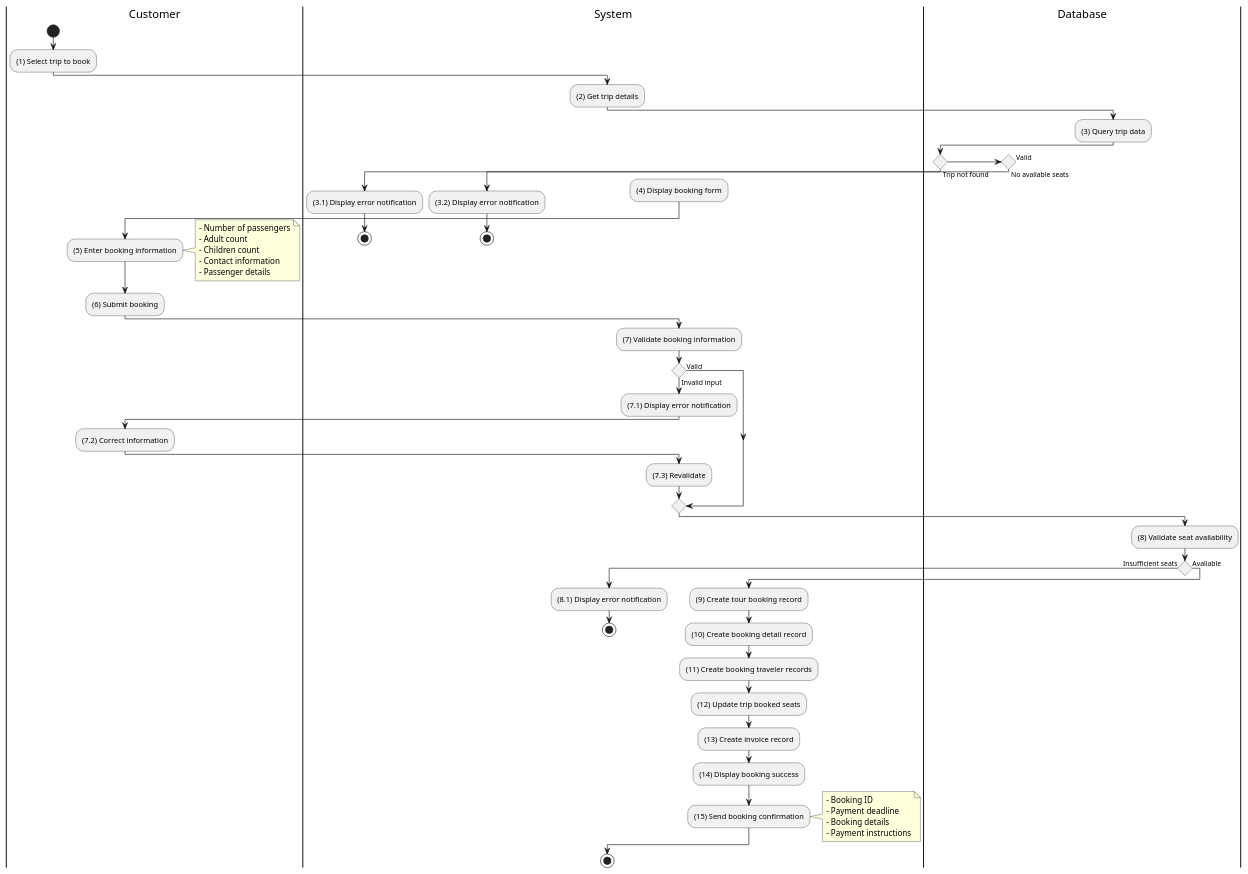
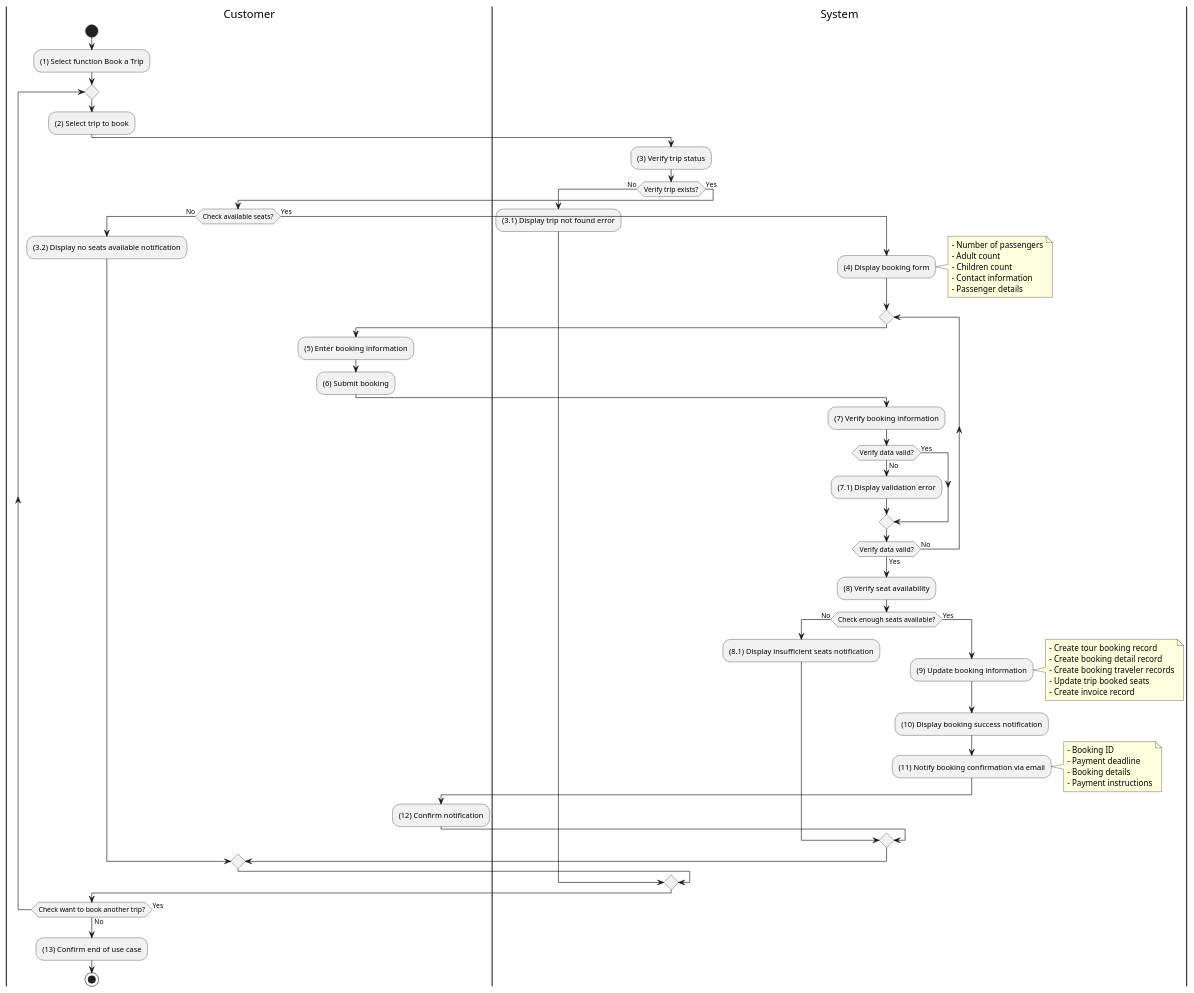
One commit to SE357-TMS/SE357-TMS.github.io changed the diagram in docs/docs/activity/manage-personal-booking/book-a-trip.md. Above: the diagram before and after it, drawn with PlantUML. The commit also changed 7 other files, not shown here.

Commit message:
docs: add browse trips activity diagrams and update booking activities

```diff
--- a/docs/docs/activity/manage-personal-booking/book-a-trip.md
+++ b/docs/docs/activity/manage-personal-booking/book-a-trip.md
@@ -4,70 +4,81 @@
 @startuml
 |C|Customer
 |S|System
-|D|Database
 
 |C|
 start
-:(1) Select trip to book;
-|S|
-:(2) Get trip details;
-|D|
-:(3) Query trip data;
-if () then (Trip not found)
+
+:(1) Select function Book a Trip;
+
+repeat
+  :(2) Select trip to book;
+
   |S|
-  :(3.1) Display error notification;
-  stop
-elseif () then (No available seats)
-  |S|
-  :(3.2) Display error notification;
-  stop
-else (Valid)
-  |S|
-  :(4) Display booking form;
-  |C|
-  :(5) Enter booking information;
-  note right
-    - Number of passengers
-    - Adult count
-    - Children count
-    - Contact information
-    - Passenger details
-  end note
-  :(6) Submit booking;
-  |S|
-  :(7) Validate booking information;
-  if () then (Invalid input)
-    |S|
-    :(7.1) Display error notification;
+  :(3) Verify trip status;
+
+  if (Verify trip exists?) then (No)
+    :(3.1) Display trip not found error;
     |C|
-    :(7.2) Correct information;
-    |S|
-    :(7.3) Revalidate;
-  else (Valid)
+  else (Yes)
+    if (Check available seats?) then (No)
+      :(3.2) Display no seats available notification;
+      |C|
+    else (Yes)
+      |S|
+      :(4) Display booking form;
+      note right
+        - Number of passengers
+        - Adult count
+        - Children count
+        - Contact information
+        - Passenger details
+      end note
+
+      repeat
+        |C|
+        :(5) Enter booking information;
+        :(6) Submit booking;
+
+        |S|
+        :(7) Verify booking information;
+        if (Verify data valid?) then (No)
+          :(7.1) Display validation error;
+        else (Yes)
+        endif
+      repeat while (Verify data valid?) is (No) not (Yes)
+
+      :(8) Verify seat availability;
+      if (Check enough seats available?) then (No)
+        :(8.1) Display insufficient seats notification;
+        |C|
+      else (Yes)
+        |S|
+        :(9) Update booking information;
+        note right
+          - Create tour booking record
+          - Create booking detail record
+          - Create booking traveler records
+          - Update trip booked seats
+          - Create invoice record
+        end note
+        :(10) Display booking success notification;
+        :(11) Notify booking confirmation via email;
+        note right
+          - Booking ID
+          - Payment deadline
+          - Booking details
+          - Payment instructions
+        end note
+
+        |C|
+        :(12) Confirm notification;
+      endif
+    endif
   endif
-  |D|
-  :(8) Validate seat availability;
-  if () then (Insufficient seats)
-    |S|
-    :(8.1) Display error notification;
-    stop
-  else (Available)
-    :(9) Create tour booking record;
-    :(10) Create booking detail record;
-    :(11) Create booking traveler records;
-    :(12) Update trip booked seats;
-    :(13) Create invoice record;
-    |S|
-    :(14) Display booking success;
-    :(15) Send booking confirmation;
-    note right
-      - Booking ID
-      - Payment deadline
-      - Booking details
-      - Payment instructions
-    end note
-  endif
-endif
+repeat while (Check want to book another trip?) is (Yes) not (No)
+
+:(13) Confirm end of use case;
+
 stop
 
 @enduml
```
